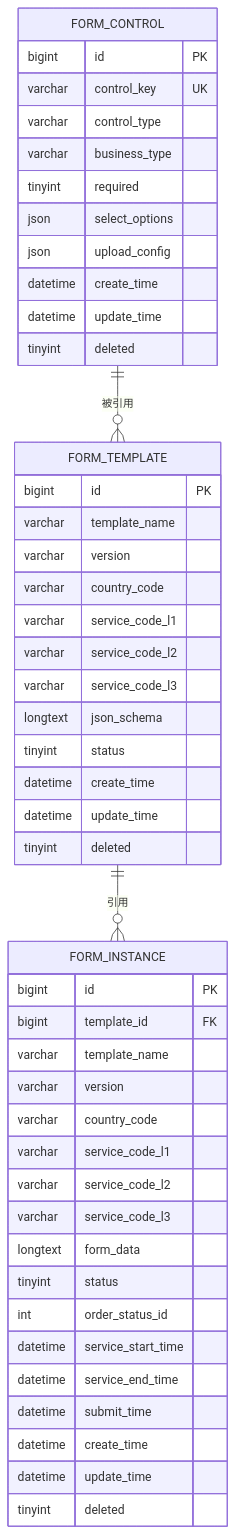
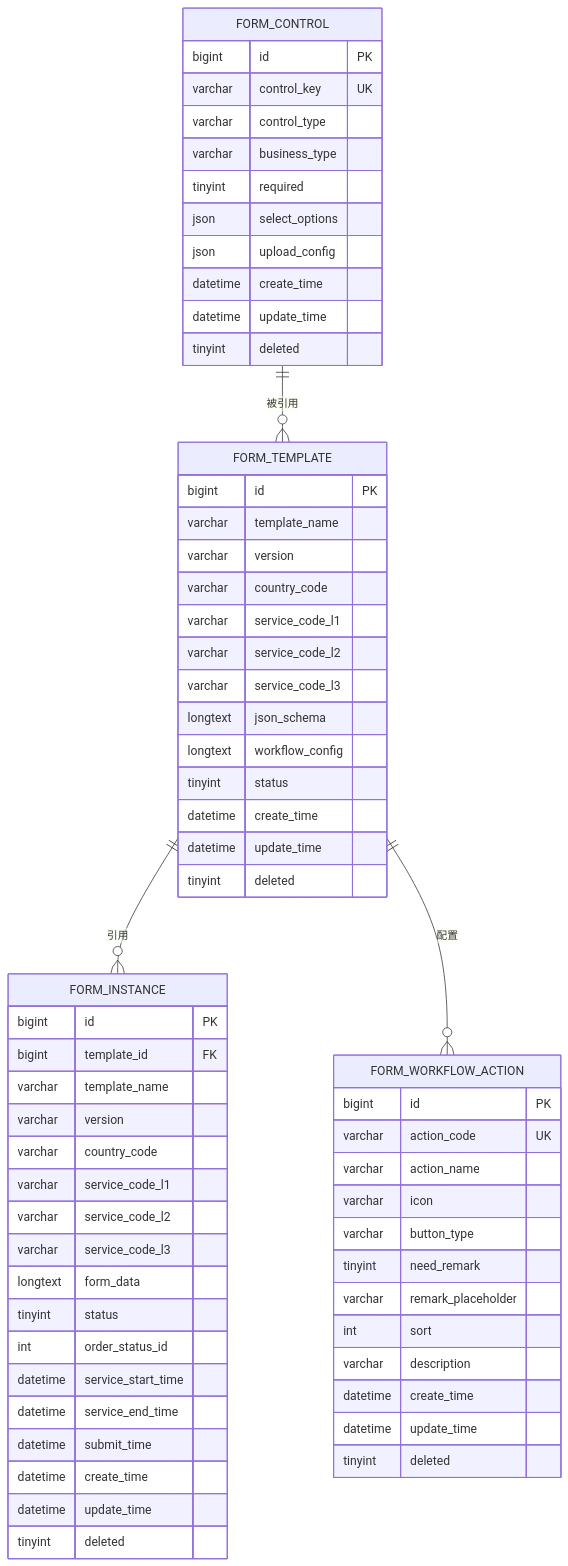
One commit to NJMrLi/genetics changed the second of 3 diagrams in .qoder/repowiki/zh/content/数据库设计/数据库设计.md. Above: the diagram before and after it, drawn with Mermaid. The commit also changed other lines of this file and 21 other files, not shown here.

````diff
--- a/.qoder/repowiki/zh/content/数据库设计/数据库设计.md
+++ b/.qoder/repowiki/zh/content/数据库设计/数据库设计.md
@@ -141,50 +177,66 @@
 ```mermaid
 erDiagram
 FORM_CONTROL {
 bigint id PK
 varchar control_key UK
 varchar control_type
 varchar business_type
 tinyint required
 json select_options
 json upload_config
 datetime create_time
 datetime update_time
 tinyint deleted
 }
 FORM_TEMPLATE {
 bigint id PK
 varchar template_name
 varchar version
 varchar country_code
 varchar service_code_l1
 varchar service_code_l2
 varchar service_code_l3
 longtext json_schema
+longtext workflow_config
 tinyint status
 datetime create_time
 datetime update_time
 tinyint deleted
 }
 FORM_INSTANCE {
 bigint id PK
 bigint template_id FK
 varchar template_name
 varchar version
 varchar country_code
 varchar service_code_l1
 varchar service_code_l2
 varchar service_code_l3
 longtext form_data
 tinyint status
 int order_status_id
 datetime service_start_time
 datetime service_end_time
 datetime submit_time
 datetime create_time
 datetime update_time
 tinyint deleted
 }
+FORM_WORKFLOW_ACTION {
+bigint id PK
+varchar action_code UK
+varchar action_name
+varchar icon
+varchar button_type
+tinyint need_remark
+varchar remark_placeholder
+int sort
+varchar description
+datetime create_time
+datetime update_time
+tinyint deleted
+}
 FORM_TEMPLATE ||--o{ FORM_INSTANCE : "引用"
 FORM_CONTROL ||--o{ FORM_TEMPLATE : "被引用"
+FORM_TEMPLATE ||--o{ FORM_WORKFLOW_ACTION : "配置"
 ```
````
